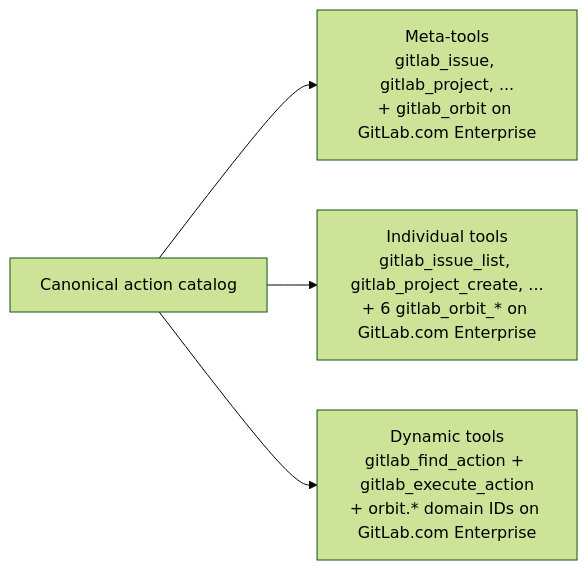
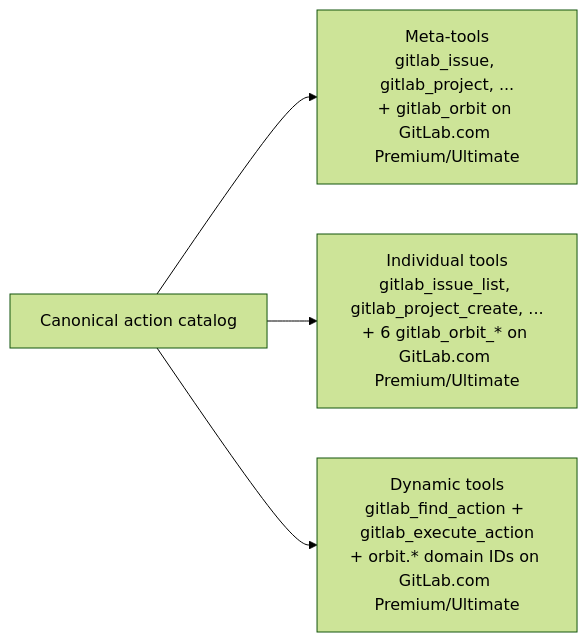
One commit to jmrplens/gitlab-mcp-server changed the fourth of 6 diagrams in site/src/content/docs/architecture.mdx. Above: the diagram before and after it, drawn with Mermaid (forest theme). The commit also changed other lines of this file and 90 other files, not shown here.

````diff
--- a/site/src/content/docs/architecture.mdx
+++ b/site/src/content/docs/architecture.mdx
@@ -133,6 +138,6 @@
 ```mermaid
 graph LR
-    catalog[Canonical action catalog] --> meta["Meta-tools<br/>gitlab_issue, gitlab_project, ...<br/>+ gitlab_orbit on GitLab.com Enterprise"]
-    catalog --> individual["Individual tools<br/>gitlab_issue_list, gitlab_project_create, ...<br/>+ 6 gitlab_orbit_* on GitLab.com Enterprise"]
-    catalog --> dynamic["Dynamic tools<br/>gitlab_find_action + gitlab_execute_action<br/>+ orbit.* domain IDs on GitLab.com Enterprise"]
+    catalog[Canonical action catalog] --> meta["Meta-tools<br/>gitlab_issue, gitlab_project, ...<br/>+ gitlab_orbit on GitLab.com Premium/Ultimate"]
+    catalog --> individual["Individual tools<br/>gitlab_issue_list, gitlab_project_create, ...<br/>+ 6 gitlab_orbit_* on GitLab.com Premium/Ultimate"]
+    catalog --> dynamic["Dynamic tools<br/>gitlab_find_action + gitlab_execute_action<br/>+ orbit.* domain IDs on GitLab.com Premium/Ultimate"]
 ```
````
